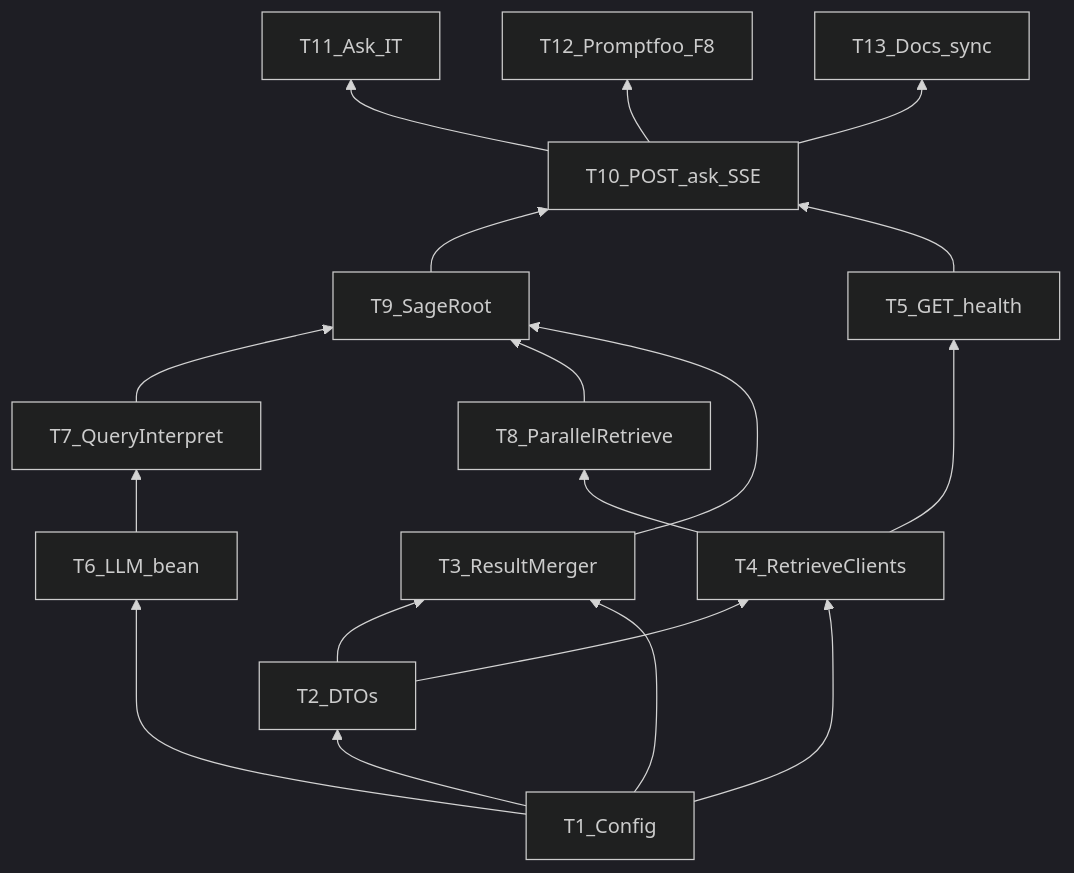
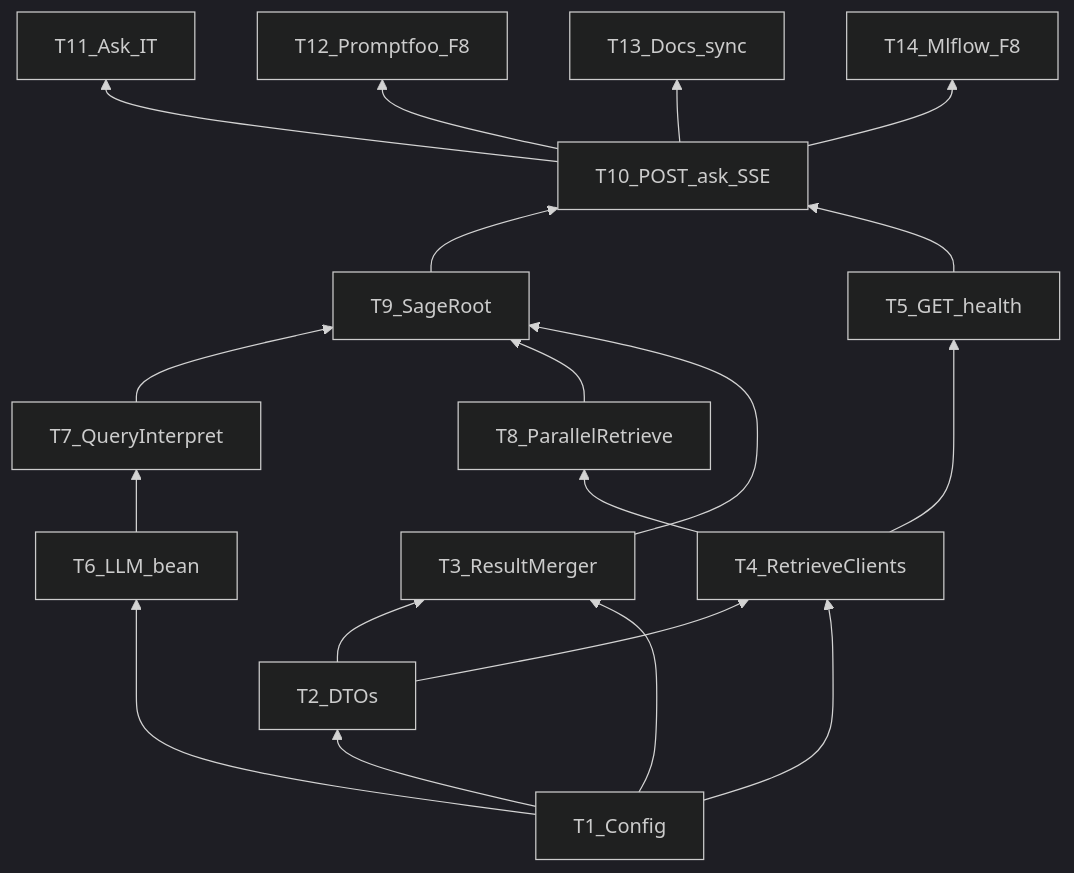
The second of 2 diagrams in tasks/plan.md (ShivendraGupta13/sage-ai), drawn with Mermaid (dark theme) before and after one commit. The commit also changed other lines of this file and 63 other files, not shown here.

````diff
--- a/tasks/plan.md
+++ b/tasks/plan.md
@@ -57,20 +57,21 @@
 ```mermaid
 flowchart BT
   T1[T1_Config] --> T2[T2_DTOs]
   T2 --> T3[T3_ResultMerger]
   T2 --> T4[T4_RetrieveClients]
   T1 --> T3
   T1 --> T4
   T4 --> T5[T5_GET_health]
   T1 --> T6[T6_LLM_bean]
   T6 --> T7[T7_QueryInterpret]
   T4 --> T8[T8_ParallelRetrieve]
   T7 --> T9[T9_SageRoot]
   T8 --> T9
   T3 --> T9
   T9 --> T10[T10_POST_ask_SSE]
   T5 --> T10
   T10 --> T11[T11_Ask_IT]
   T10 --> T12[T12_Promptfoo_F8]
   T10 --> T13[T13_Docs_sync]
+  T10 --> T14[T14_Mlflow_F8]
 ```
````
